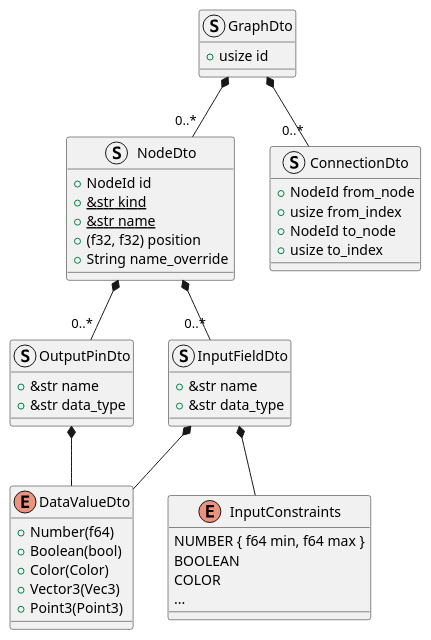
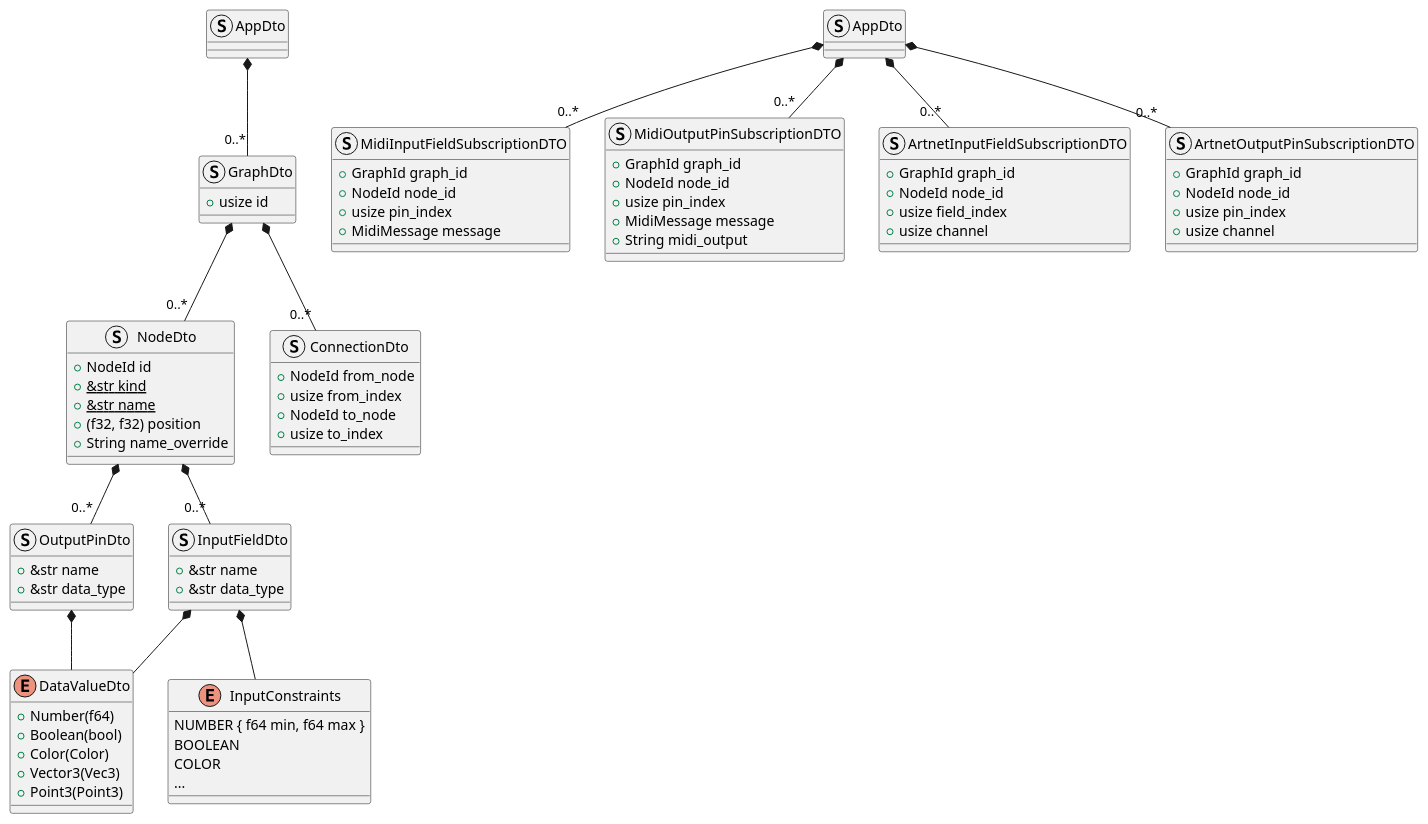
One commit to cookiemonsternz/wovmoH changed the diagram in docs/uml/dto.plantuml. Above: the diagram before and after it, drawn with PlantUML.

Commit message:
update uml for sprint 3

```diff
--- a/docs/uml/dto.plantuml
+++ b/docs/uml/dto.plantuml
@@ -1,55 +1,98 @@
 @startuml
 'START DTO SECTION'
 struct NodeDto {
   +NodeId id
   +{static} &str kind
   +{static} &str name
   +{field} (f32, f32) position
   +{field} String name_override
 }
 
 struct InputFieldDto {
   +&str name
   +&str data_type
 }
 
 struct OutputPinDto {
   +&str name
   +&str data_type
 }
 
 enum DataValueDto {
   +{field} Number(f64)
   +{field} Boolean(bool)
   +{field} Color(Color)
   +{field} Vector3(Vec3)
   +{field} Point3(Point3)
 }
 
 struct ConnectionDto {
   +NodeId from_node
   +usize from_index
   +NodeId to_node
   +usize to_index
 }
 
 struct GraphDto {
   +usize id
 }
 
+struct "AppDto" as AppDto2 {
+  
+}
+
+struct AppDto {}
+
+struct MidiInputFieldSubscriptionDTO {
+  +GraphId graph_id
+  +NodeId node_id
+  +usize pin_index
+  +MidiMessage message
+}
+
+struct MidiOutputPinSubscriptionDTO {
+  +GraphId graph_id
+  +NodeId node_id
+  +usize pin_index
+  +MidiMessage message
+  +String midi_output
+}
+
+struct ArtnetInputFieldSubscriptionDTO {
+  +GraphId graph_id
+  +NodeId node_id
+  +usize field_index
+  +usize channel
+}
+
+struct ArtnetOutputPinSubscriptionDTO {
+  +GraphId graph_id
+  +NodeId node_id
+  +usize pin_index
+  +usize channel
+}
+
+
+
 enum InputConstraints {
   NUMBER { f64 min, f64 max }
   BOOLEAN
   COLOR
   ...
 }
 
 GraphDto *--"0..*" NodeDto
 GraphDto *--"0..*" ConnectionDto
 NodeDto *--"0..*" InputFieldDto
 NodeDto *--"0..*" OutputPinDto
 InputFieldDto *-- DataValueDto
 InputFieldDto *-- InputConstraints
 OutputPinDto *-- DataValueDto
+
+AppDto *--"0..*" GraphDto
+AppDto2 *--"0..*" MidiInputFieldSubscriptionDTO
+AppDto2 *--"0..*" MidiOutputPinSubscriptionDTO
+AppDto2 *--"0..*" ArtnetInputFieldSubscriptionDTO
+AppDto2 *--"0..*" ArtnetOutputPinSubscriptionDTO
 'END DTO SECTION'
 @enduml
```
